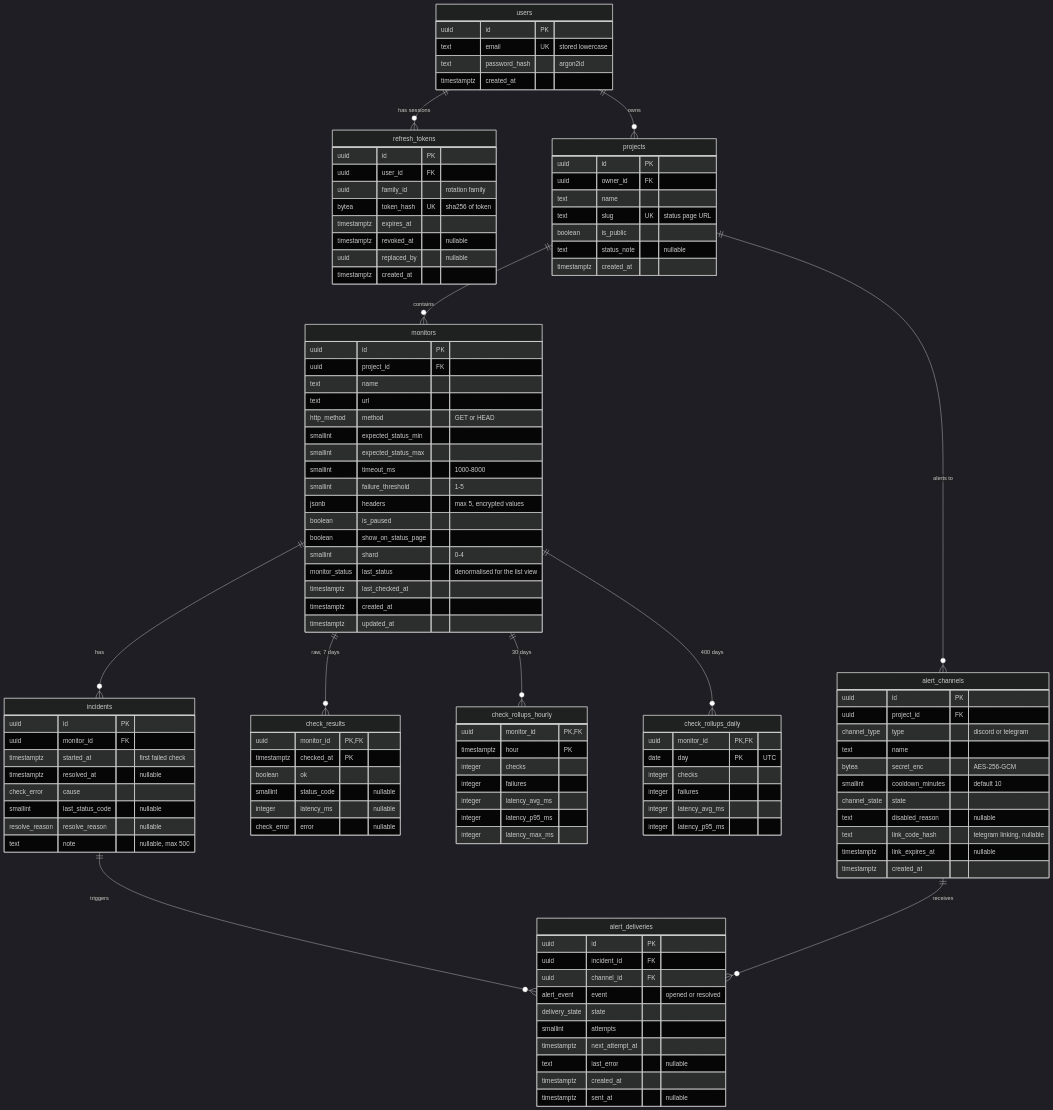
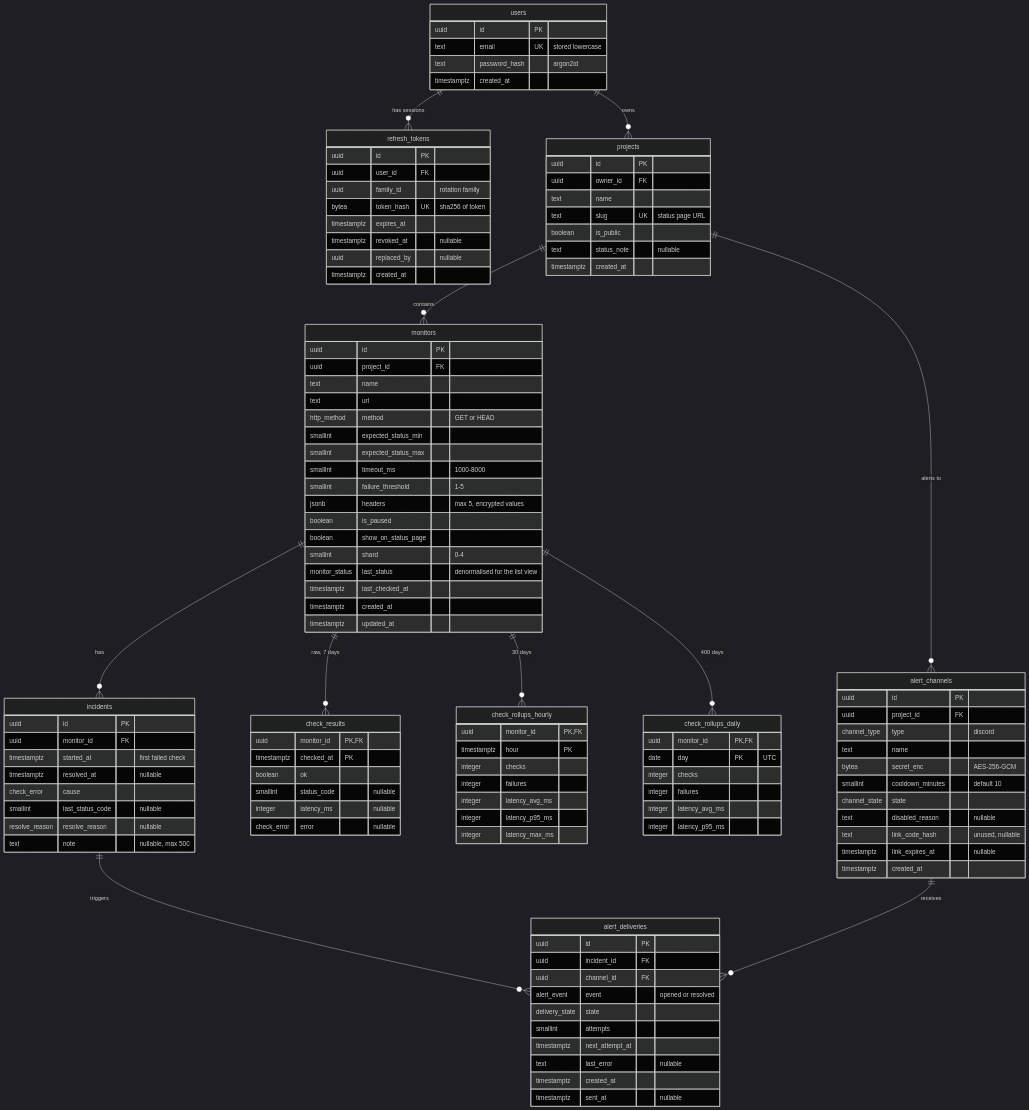
Before and after one commit to EthanYap123/pulse: the diagram in docs/ERD.md, drawn with Mermaid (dark theme). The commit also changed other lines of this file and 8 other files, not shown here.

```diff
--- a/docs/ERD.md
+++ b/docs/ERD.md
@@ -97,13 +97,13 @@
   alert_channels {
     uuid id PK
     uuid project_id FK
-    channel_type type "discord or telegram"
+    channel_type type "discord"
     text name
     bytea secret_enc "AES-256-GCM"
     smallint cooldown_minutes "default 10"
     channel_state state
     text disabled_reason "nullable"
-    text link_code_hash "telegram linking, nullable"
+    text link_code_hash "unused, nullable"
     timestamptz link_expires_at "nullable"
     timestamptz created_at
   }
```
